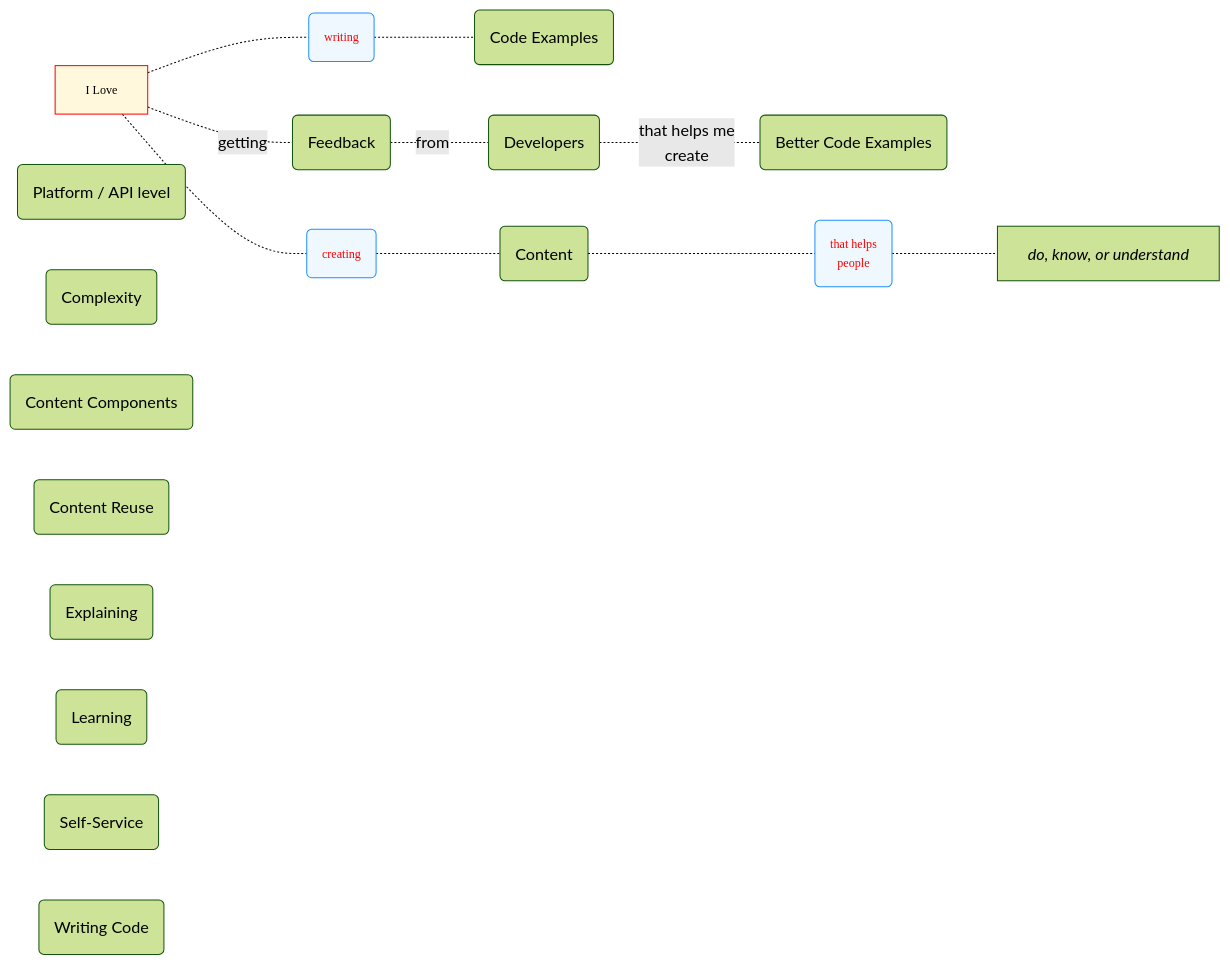
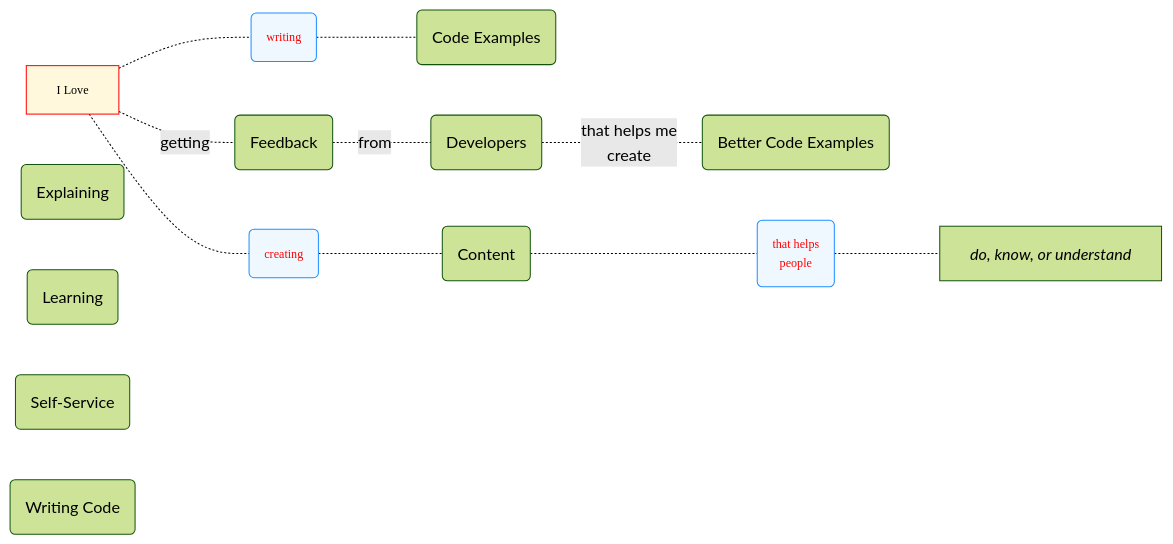
The first of 2 diagrams in overview.md (joe-dorward/samples), drawn with Mermaid before and after one commit.

````diff
--- a/overview.md
+++ b/overview.md
@@ -1,62 +1,61 @@
 ```mermaid
 %%{init: { "theme":"forest"} }%%
 flowchart LR
   classDef Compact font-family:verdana, font-size:7.5pt, text-align:left;
   classDef Variables fill:white, stroke:white, font-family:courier new, font-size:10pt;
   classDef Object fill:white, stroke:white, font-family:verdana, font-size:9pt;
 
   classDef Start fill:cornsilk, stroke:red, font-family:verdana, font-size:9pt;
 
   classDef Verb fill:aliceblue, color:red, stroke:dodgerblue, font-family:verdana, font-size:9pt;
 
 
 I_LOVE["I Love"]:::Start
 
-PLATFORM_API("Platform / API level")
+
 
 CODE_EXAMPLES("Code Examples")
 BETTER_CODE_EXAMPLES("Better Code Examples")
 
-COMPLEXITY("Complexity")
+
 
 CONTENT("Content")
-CONTENT_COMPONENTS("Content Components")
-CONTENT_REUSE("Content Reuse")
+
 
 DEVELOPERS("Developers")
 EXPLAINING("Explaining")
 
 FEEDBACK("Feedback")
 
 LEARNING("Learning")
 SELF_SERVICE("Self-Service")
 
 DO_KNOW_UNDERSTAND["`*do, know, or understand*`"]
 style DO_KNOW_UNDERSTAND text-align:left
 
 WRITING_CODE("Writing Code")
 
 
 
 %% DOING ==========
 
 CREATING("creating")
 WRITING("writing")
 
 THAT_HELPS_PEOPLE("that helps
   people")
 
 class CREATING,WRITING,THAT_HELPS_PEOPLE Verb;
 
 %% CONNECTING ==========
 
 I_LOVE-.-CREATING-.-CONTENT-.-THAT_HELPS_PEOPLE-.-DO_KNOW_UNDERSTAND
 
 I_LOVE-.-WRITING-.-CODE_EXAMPLES
 
 
 
 I_LOVE-.getting.-FEEDBACK-.from.-DEVELOPERS-.that helps me
   create.-BETTER_CODE_EXAMPLES
 
 ```
````
